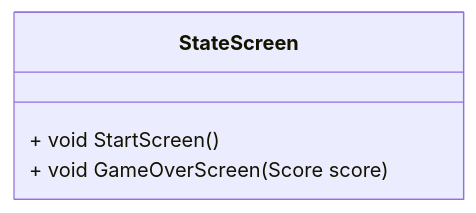
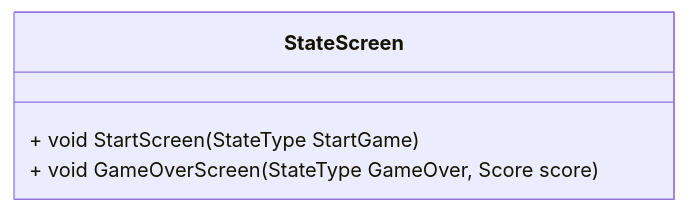
One commit to NexusWeave/MVP-FlappyBird-cs changed the ninth of 10 diagrams in dokumentasjon/diagram/klasse-diagram.md. Above: the diagram before and after it, drawn with Mermaid. The commit also changed other lines of this file, not shown here.

Commit message:
Update klasse-diagram.md to enhance StateScreen methods and add StateType enumeration

````diff
--- a/dokumentasjon/diagram/klasse-diagram.md
+++ b/dokumentasjon/diagram/klasse-diagram.md
@@ -104,9 +106,9 @@
 ```mermaid
     classDiagram
         direction ID
 
         class StateScreen {
-            + void StartScreen()
-            + void GameOverScreen(Score score)
+            + void StartScreen(StateType StartGame)
+            + void GameOverScreen(StateType GameOver, Score score)
         }
 ```
````
